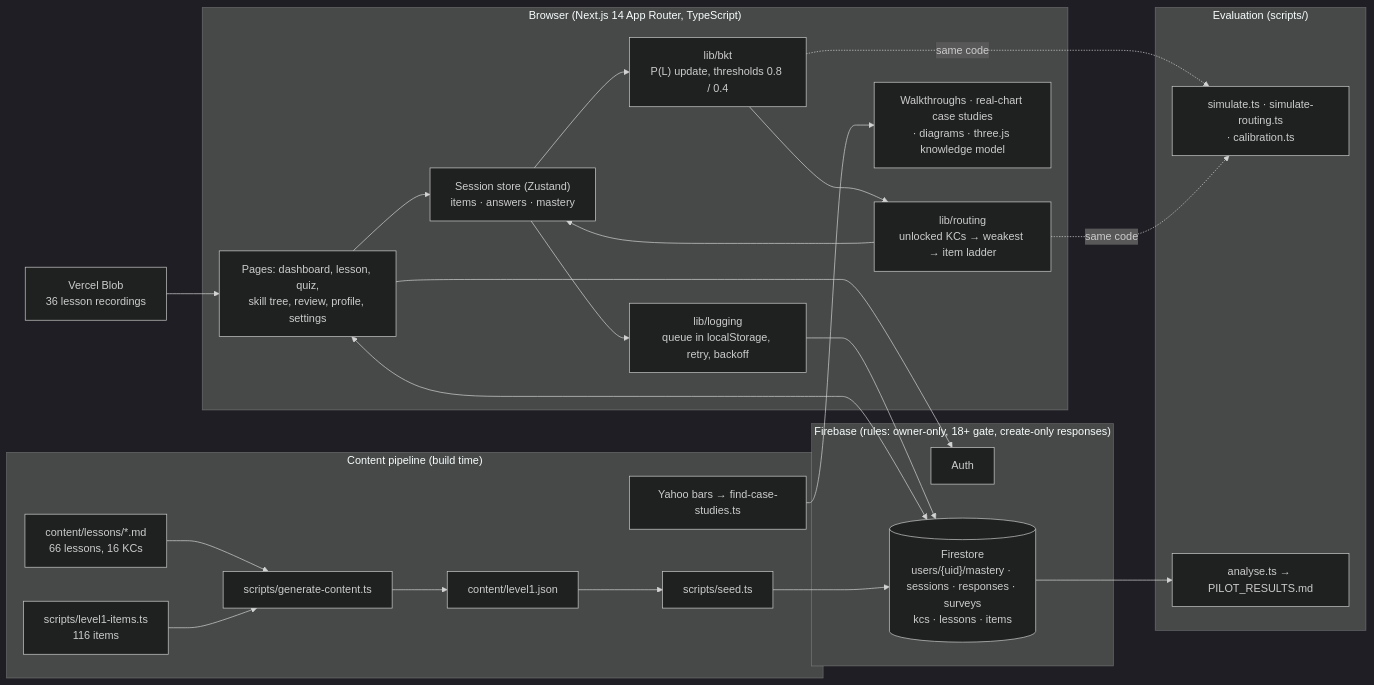
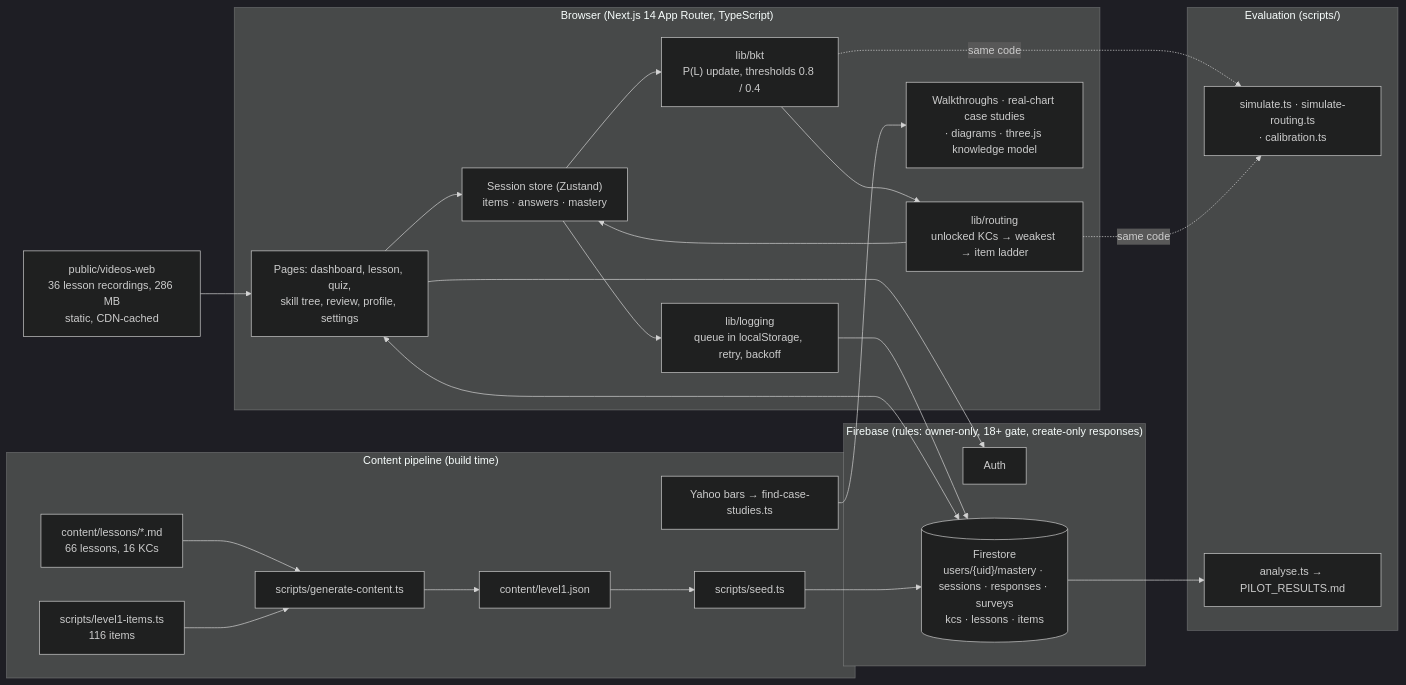
One commit to OGSOLENT/TradeMind_Academy changed the diagram in README.md. Above: the diagram before and after it, drawn with Mermaid (dark theme). The commit also changed 24 other files, not shown here.

First line of the commit message:
fix: serve the lesson recordings from the app, not a blob store that suspended itself

````diff
--- a/README.md
+++ b/README.md
@@ -15,34 +15,34 @@
 ```mermaid
 flowchart LR
   subgraph Browser["Browser (Next.js 14 App Router, TypeScript)"]
     UI["Pages: dashboard, lesson, quiz,\nskill tree, review, profile, settings"]
     Store["Session store (Zustand)\nitems · answers · mastery"]
     BKT["lib/bkt\nP(L) update, thresholds 0.8 / 0.4"]
     Route["lib/routing\nunlocked KCs → weakest → item ladder"]
     Log["lib/logging\nqueue in localStorage, retry, backoff"]
     Vis["Walkthroughs · real-chart case studies\n· diagrams · three.js knowledge model"]
   end
   subgraph Firebase["Firebase (rules: owner-only, 18+ gate, create-only responses)"]
     Auth["Auth"]
     FS[("Firestore\nusers/{uid}/mastery · sessions · responses · surveys\nkcs · lessons · items")]
   end
   subgraph Content["Content pipeline (build time)"]
     MD["content/lessons/*.md\n66 lessons, 16 KCs"] --> Gen["scripts/generate-content.ts"]
     Bank["scripts/level1-items.ts\n116 items"] --> Gen
     Gen --> JSON["content/level1.json"] --> Seed["scripts/seed.ts"]
     Bars["Yahoo bars → find-case-studies.ts"] --> Vis
   end
   subgraph Eval["Evaluation (scripts/)"]
     Sim["simulate.ts · simulate-routing.ts\n· calibration.ts"]
     An["analyse.ts → PILOT_RESULTS.md"]
   end
   UI --> Store --> BKT --> Route --> Store
   Store --> Log --> FS
   UI --> Auth
   UI <--> FS
   Seed --> FS
   FS --> An
   BKT -. same code .-> Sim
   Route -. same code .-> Sim
-  Blob["Vercel Blob\n36 lesson recordings"] --> UI
+  Vid["public/videos-web\n36 lesson recordings, 286 MB\nstatic, CDN-cached"] --> UI
 ```
````
